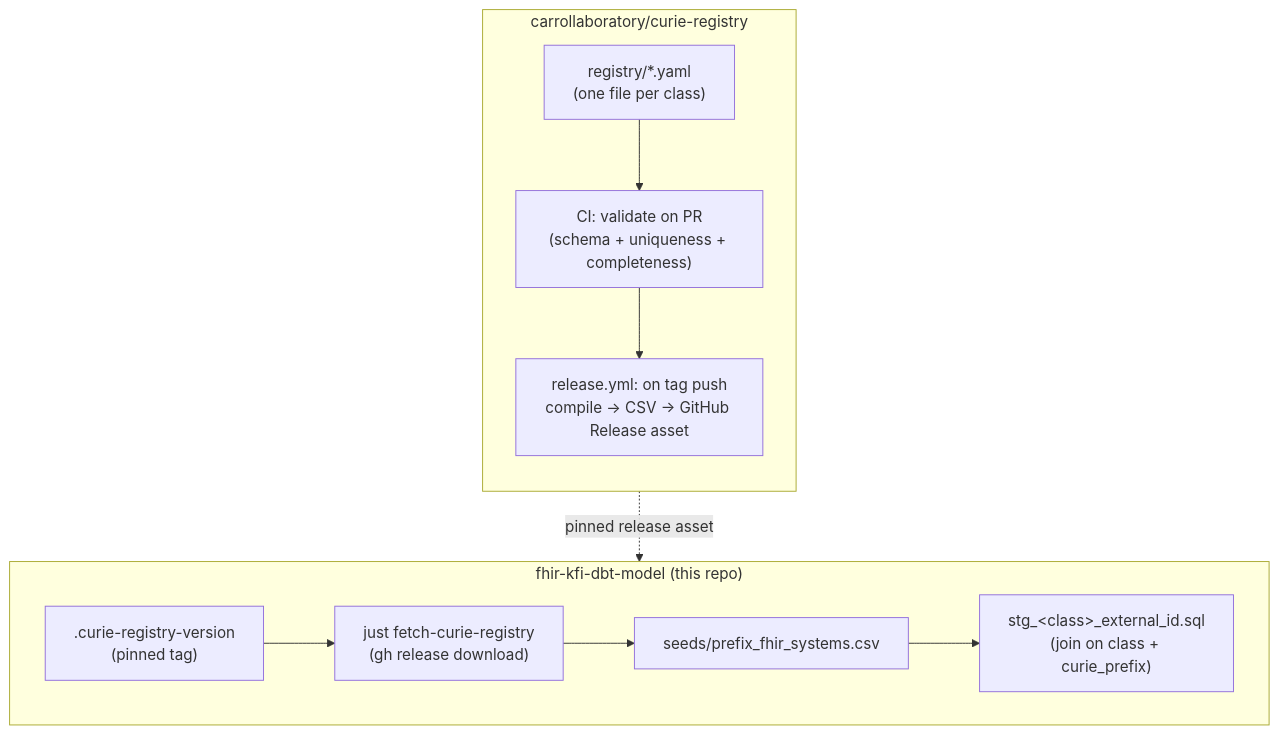
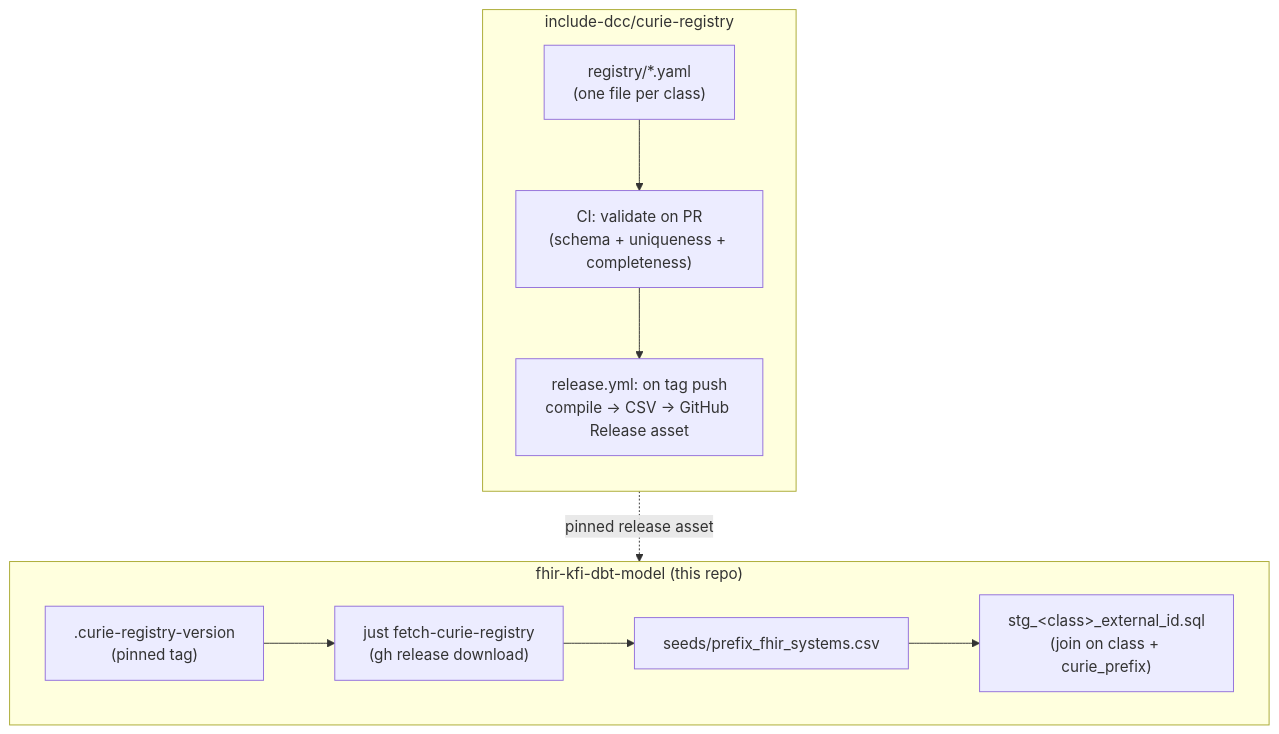
Before and after one commit to carrollaboratory/fhir-kfi-dbt-model: the diagram in docs/design/curie-registry.md, drawn with Mermaid. The commit also changed other lines of this file, not shown here.

````diff
--- a/docs/design/curie-registry.md
+++ b/docs/design/curie-registry.md
@@ -40,21 +46,21 @@
 ```mermaid
 flowchart TB
-    subgraph registry["carrollaboratory/curie-registry"]
+    subgraph registry["include-dcc/curie-registry"]
         direction TB
         yaml["registry/*.yaml\n(one file per class)"]
         ci["CI: validate on PR\n(schema + uniqueness + completeness)"]
         rel["release.yml: on tag push\ncompile → CSV → GitHub Release asset"]
         yaml --> ci --> rel
     end
 
     subgraph dbtrepo["fhir-kfi-dbt-model (this repo)"]
         direction LR
         pin[".curie-registry-version\n(pinned tag)"]
         fetch["just fetch-curie-registry\n(gh release download)"]
         seed["seeds/prefix_fhir_systems.csv"]
         stg["stg_&lt;class&gt;_external_id.sql\n(join on class + curie_prefix)"]
         pin --> fetch --> seed --> stg
     end
 
     registry -. "pinned release asset" .-> dbtrepo
 ```
````
